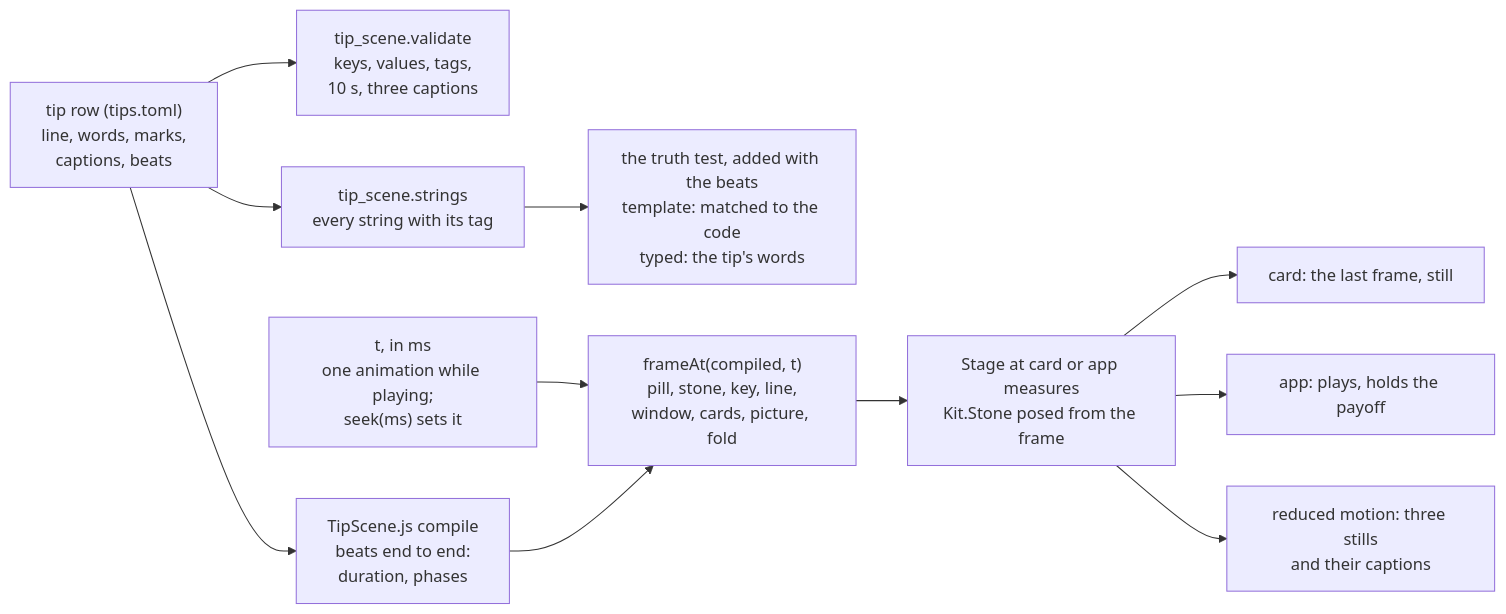
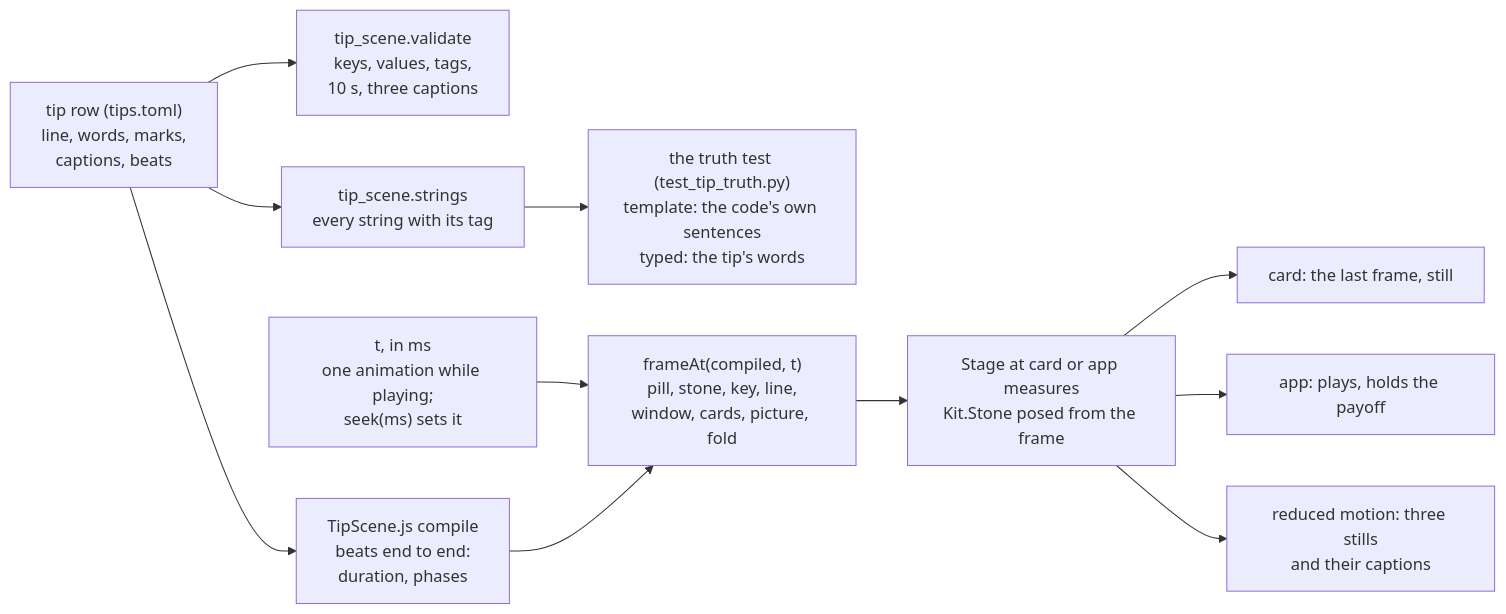
Before and after one commit to thedefaultman/Bombadil: the diagram in docs/TIP-SCENES.md, drawn with Mermaid. The commit also changed other lines of this file and 1 other file, not shown here.

First line of the commit message:
Docs: the twenty scenes, the truth test, and how a tip is added with its scene

````diff
--- a/docs/TIP-SCENES.md
+++ b/docs/TIP-SCENES.md
@@ -29,13 +31,13 @@
 ```mermaid
 flowchart LR
     ROW["tip row (tips.toml)<br/>line, words, marks,<br/>captions, beats"] --> VAL["tip_scene.validate<br/>keys, values, tags,<br/>10 s, three captions"]
     ROW --> STR["tip_scene.strings<br/>every string with its tag"]
-    STR --> TRUTH["the truth test, added with the beats<br/>template: matched to the code<br/>typed: the tip's words"]
+    STR --> TRUTH["the truth test (test_tip_truth.py)<br/>template: the code's own sentences<br/>typed: the tip's words"]
     ROW --> COMP["TipScene.js compile<br/>beats end to end:<br/>duration, phases"]
     CLK["t, in ms<br/>one animation while playing;<br/>seek(ms) sets it"] --> FR
     COMP --> FR["frameAt(compiled, t)<br/>pill, stone, key, line,<br/>window, cards, picture, fold"]
     FR --> ST["Stage at card or app measures<br/>Kit.Stone posed from the frame"]
     ST --> POSTER["card: the last frame, still"]
     ST --> PLAY["app: plays, holds the payoff"]
     ST --> STILLS["reduced motion: three stills<br/>and their captions"]
 ```
````
